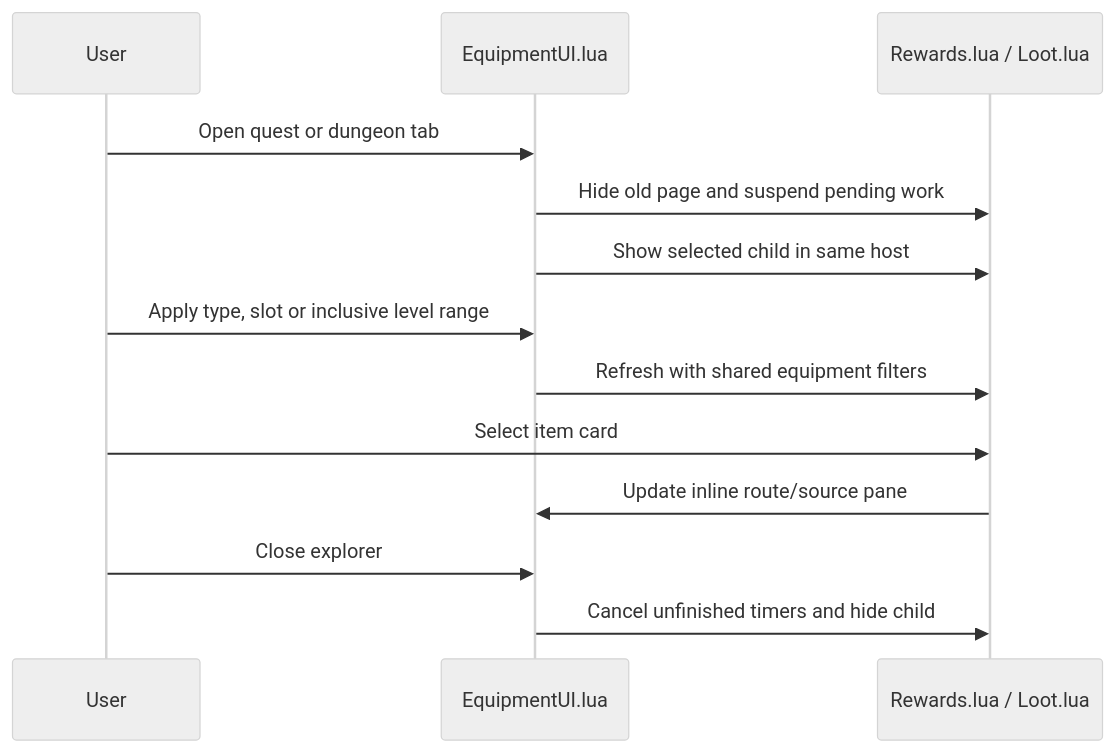
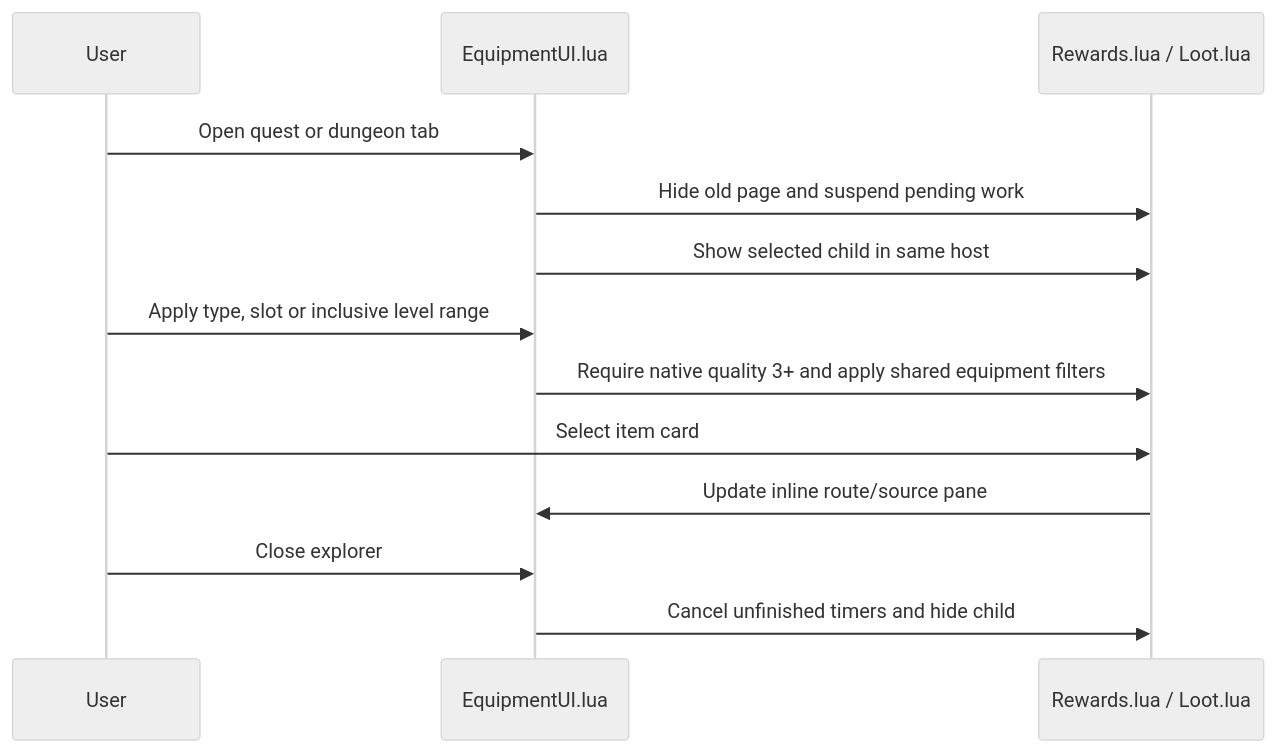
One commit to YodaGitMaster/QuestSharing changed the seventh of 8 diagrams in context/architecture.md. Above: the diagram before and after it, drawn with Mermaid (neutral theme). The commit also changed other lines of this file and 11 other files, not shown here.

Commit message:
Show only blue-quality equipment and above

````diff
--- a/context/architecture.md
+++ b/context/architecture.md
@@ -205,15 +205,15 @@
 ```mermaid
 sequenceDiagram
     participant User
     participant E as EquipmentUI.lua
     participant Page as Rewards.lua / Loot.lua
     User->>E: Open quest or dungeon tab
     E->>Page: Hide old page and suspend pending work
     E->>Page: Show selected child in same host
     User->>E: Apply type, slot or inclusive level range
-    E->>Page: Refresh with shared equipment filters
+    E->>Page: Require native quality 3+ and apply shared equipment filters
     User->>Page: Select item card
     Page->>E: Update inline route/source pane
     User->>E: Close explorer
     E->>Page: Cancel unfinished timers and hide child
 ```
````
